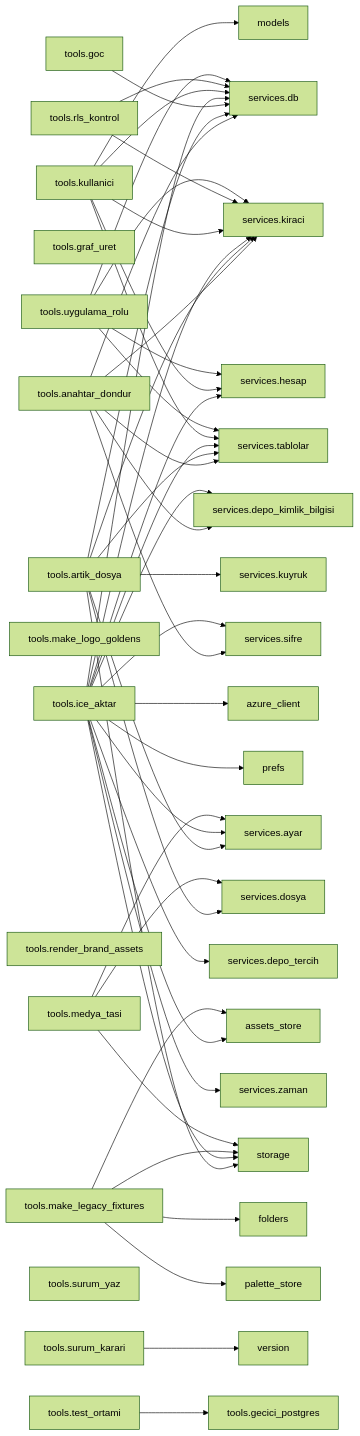
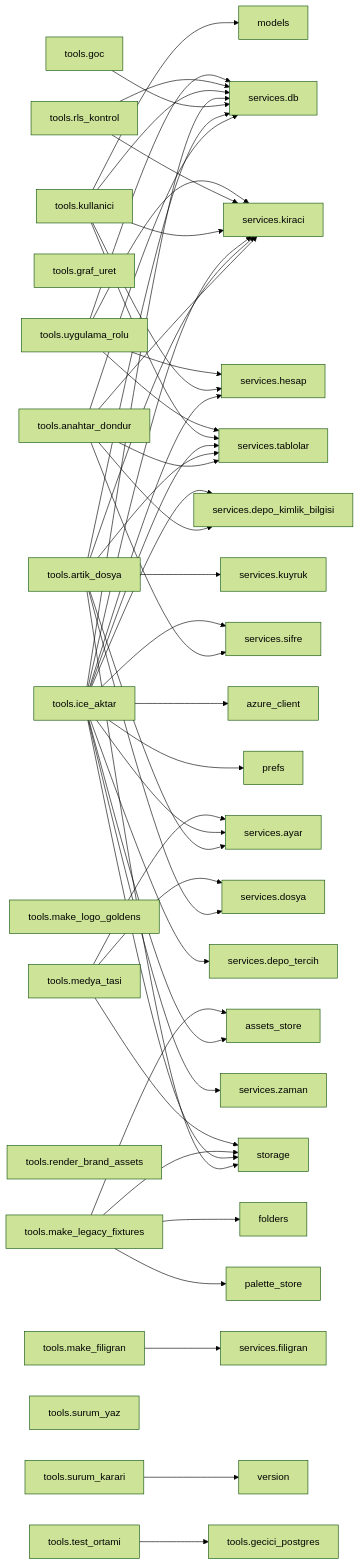
The second of 2 diagrams in docs/graflar/moduller.md (Zenginby/kromis), drawn with Mermaid (forest theme) before and after one commit. The commit also changed other lines of this file and 27 other files, not shown here.

````diff
--- a/docs/graflar/moduller.md
+++ b/docs/graflar/moduller.md
@@ -699,65 +706,67 @@
 ```mermaid
 flowchart LR
   n_tools_anahtar_dondur["tools.anahtar_dondur"]
   n_tools_anahtar_dondur --> n_services_db["services.db"]
   n_tools_anahtar_dondur --> n_services_depo_kimlik_bilgisi["services.depo_kimlik_bilgisi"]
   n_tools_anahtar_dondur --> n_services_kiraci["services.kiraci"]
   n_tools_anahtar_dondur --> n_services_sifre["services.sifre"]
   n_tools_anahtar_dondur --> n_services_tablolar["services.tablolar"]
   n_tools_artik_dosya["tools.artik_dosya"]
   n_tools_artik_dosya --> n_services_ayar["services.ayar"]
   n_tools_artik_dosya --> n_services_db["services.db"]
   n_tools_artik_dosya --> n_services_dosya["services.dosya"]
   n_tools_artik_dosya --> n_services_kiraci["services.kiraci"]
   n_tools_artik_dosya --> n_services_kuyruk["services.kuyruk"]
   n_tools_artik_dosya --> n_services_tablolar["services.tablolar"]
   n_tools_artik_dosya --> n_storage["storage"]
   n_tools_gecici_postgres["tools.gecici_postgres"]
   n_tools_goc["tools.goc"]
   n_tools_goc --> n_services_db["services.db"]
   n_tools_graf_uret["tools.graf_uret"]
   n_tools_ice_aktar["tools.ice_aktar"]
   n_tools_ice_aktar --> n_assets_store["assets_store"]
   n_tools_ice_aktar --> n_azure_client["azure_client"]
   n_tools_ice_aktar --> n_prefs["prefs"]
   n_tools_ice_aktar --> n_services_ayar["services.ayar"]
   n_tools_ice_aktar --> n_services_db["services.db"]
   n_tools_ice_aktar --> n_services_depo_kimlik_bilgisi["services.depo_kimlik_bilgisi"]
   n_tools_ice_aktar --> n_services_depo_tercih["services.depo_tercih"]
   n_tools_ice_aktar --> n_services_hesap["services.hesap"]
   n_tools_ice_aktar --> n_services_kiraci["services.kiraci"]
   n_tools_ice_aktar --> n_services_sifre["services.sifre"]
   n_tools_ice_aktar --> n_services_tablolar["services.tablolar"]
   n_tools_ice_aktar --> n_services_zaman["services.zaman"]
   n_tools_ice_aktar --> n_storage["storage"]
   n_tools_kullanici["tools.kullanici"]
   n_tools_kullanici --> n_models["models"]
   n_tools_kullanici --> n_services_db["services.db"]
   n_tools_kullanici --> n_services_hesap["services.hesap"]
   n_tools_kullanici --> n_services_kiraci["services.kiraci"]
   n_tools_kullanici --> n_services_tablolar["services.tablolar"]
+  n_tools_make_filigran["tools.make_filigran"]
+  n_tools_make_filigran --> n_services_filigran["services.filigran"]
   n_tools_make_legacy_fixtures["tools.make_legacy_fixtures"]
   n_tools_make_legacy_fixtures --> n_assets_store["assets_store"]
   n_tools_make_legacy_fixtures --> n_folders["folders"]
   n_tools_make_legacy_fixtures --> n_palette_store["palette_store"]
   n_tools_make_legacy_fixtures --> n_storage["storage"]
   n_tools_make_logo_goldens["tools.make_logo_goldens"]
   n_tools_medya_tasi["tools.medya_tasi"]
   n_tools_medya_tasi --> n_services_ayar["services.ayar"]
   n_tools_medya_tasi --> n_services_dosya["services.dosya"]
   n_tools_medya_tasi --> n_storage["storage"]
   n_tools_render_brand_assets["tools.render_brand_assets"]
   n_tools_rls_kontrol["tools.rls_kontrol"]
   n_tools_rls_kontrol --> n_services_db["services.db"]
   n_tools_rls_kontrol --> n_services_kiraci["services.kiraci"]
   n_tools_surum_karari["tools.surum_karari"]
   n_tools_surum_karari --> n_version["version"]
   n_tools_surum_yaz["tools.surum_yaz"]
   n_tools_test_ortami["tools.test_ortami"]
   n_tools_test_ortami --> n_tools_gecici_postgres["tools.gecici_postgres"]
   n_tools_uygulama_rolu["tools.uygulama_rolu"]
   n_tools_uygulama_rolu --> n_services_db["services.db"]
   n_tools_uygulama_rolu --> n_services_hesap["services.hesap"]
   n_tools_uygulama_rolu --> n_services_kiraci["services.kiraci"]
   n_tools_uygulama_rolu --> n_services_tablolar["services.tablolar"]
 ```
````
